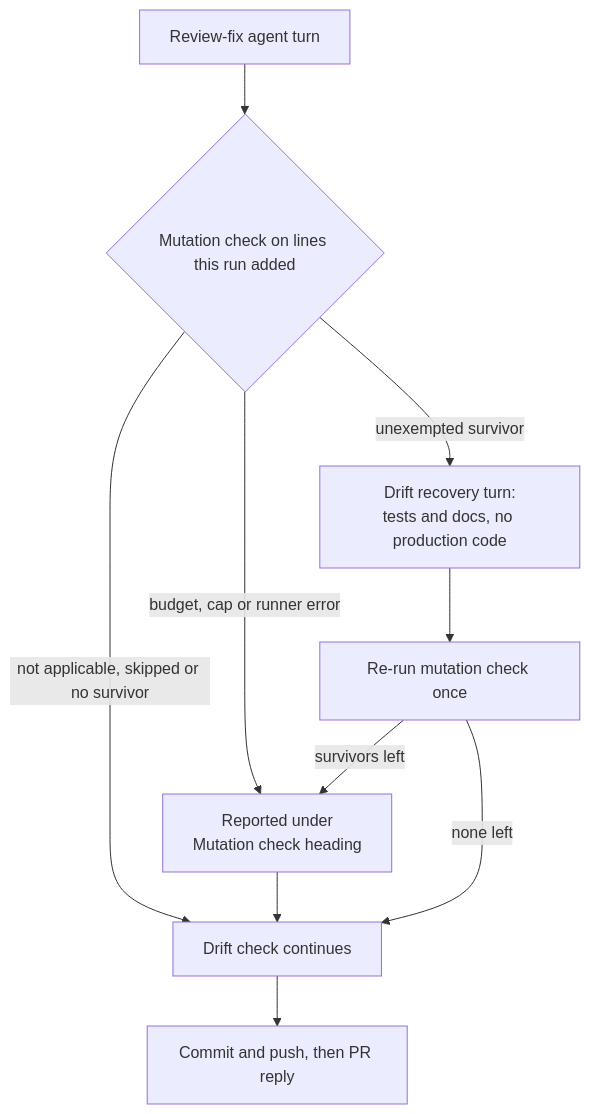
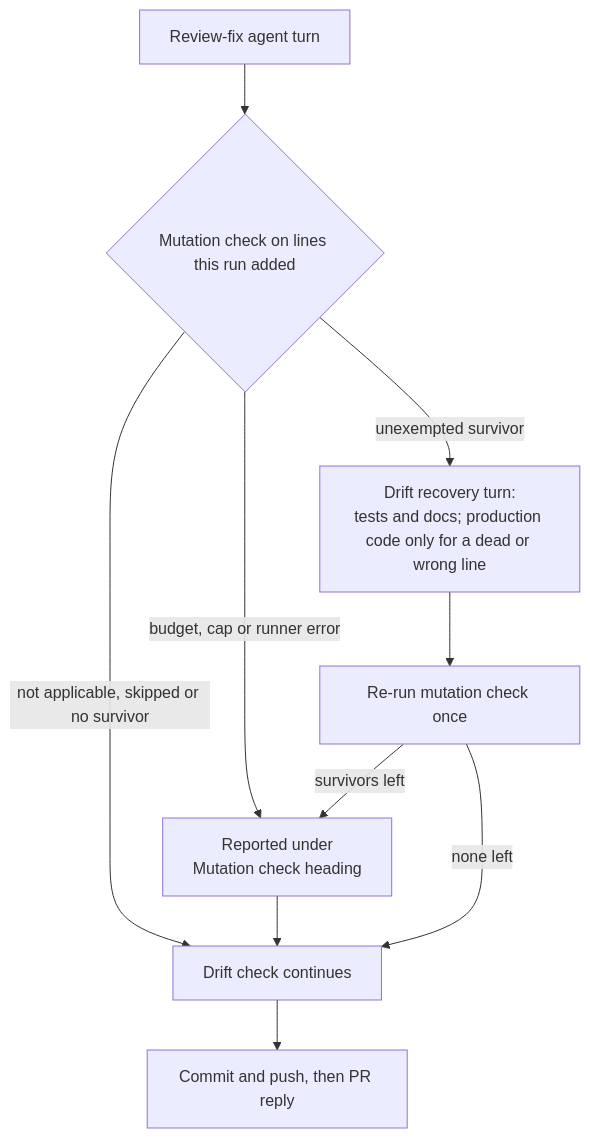
Before and after one commit to stSoftwareAU/VibeCoder: the second of 2 diagrams in docs/mutation-check.md, drawn with Mermaid. The commit also changed other lines of this file and 4 other files, not shown here.

First line of the commit message:
Drift-check mutation recovery no longer forbids removing a dead line (#4594)

````diff
--- a/docs/mutation-check.md
+++ b/docs/mutation-check.md
@@ -103,12 +104,12 @@
 ```mermaid
 flowchart TD
     A["Review-fix agent turn"] --> B{"Mutation check on lines this run added"}
     B -- "not applicable, skipped or no survivor" --> D["Drift check continues"]
     B -- "budget, cap or runner error" --> N["Reported under<br/>Mutation check heading"]
-    B -- "unexempted survivor" --> R["Drift recovery turn:<br/>tests and docs, no production code"]
+    B -- "unexempted survivor" --> R["Drift recovery turn:<br/>tests and docs; production code only for a dead or wrong line"]
     R --> C["Re-run mutation check once"]
     C -- "survivors left" --> N
     C -- "none left" --> D
     N --> D
     D --> P["Commit and push, then PR reply"]
 ```
````
